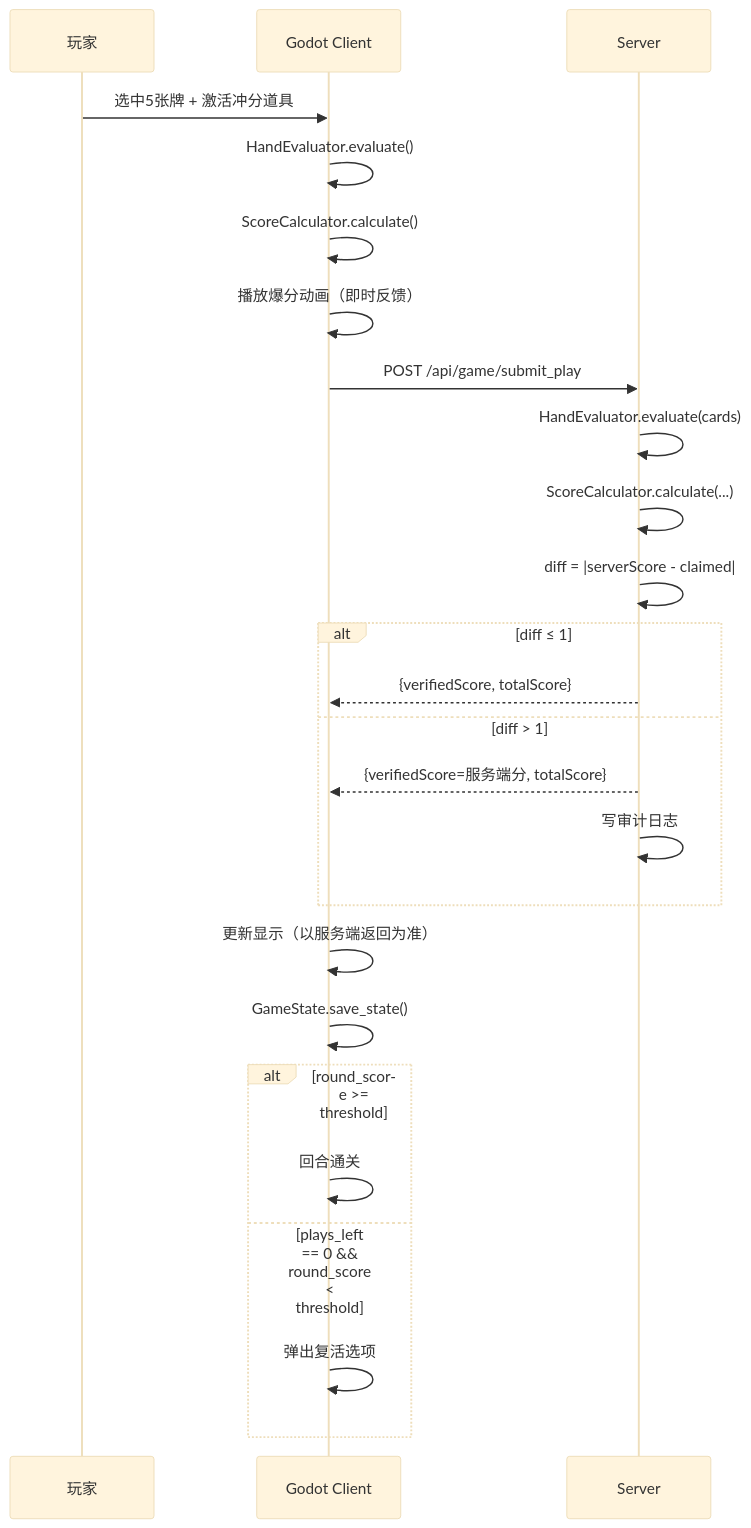
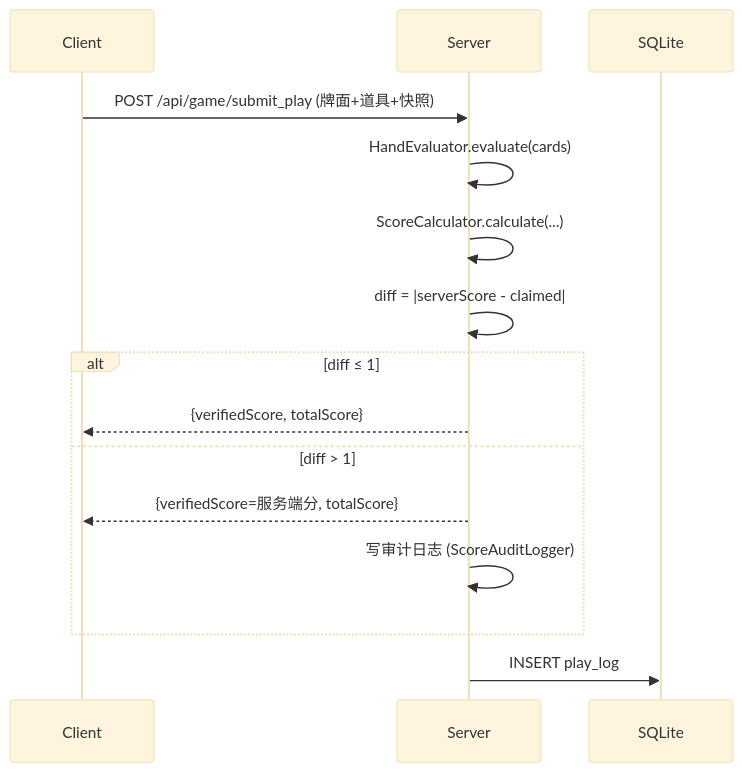
The third of 8 diagrams in docs/poker_roguelike_tech_spec.md (Lwin993/my-poker-roguelike), drawn with Mermaid (base theme) before and after one commit. The commit also changed other lines of this file and 62 other files, not shown here.

````diff
--- a/docs/poker_roguelike_tech_spec.md
+++ b/docs/poker_roguelike_tech_spec.md
@@ -1887,29 +1100,18 @@
 ```mermaid
 sequenceDiagram
-    participant P as 玩家
-    participant G as Godot Client
+    participant C as Client
     participant S as Server
-    
-    P->>G: 选中5张牌 + 激活冲分道具
-    G->>G: HandEvaluator.evaluate()
-    G->>G: ScoreCalculator.calculate()
-    G->>G: 播放爆分动画（即时反馈）
-    G->>S: POST /api/game/submit_play
+    participant DB as SQLite
+
+    C->>S: POST /api/game/submit_play (牌面+道具+快照)
     S->>S: HandEvaluator.evaluate(cards)
     S->>S: ScoreCalculator.calculate(...)
     S->>S: diff = |serverScore - claimed|
     alt diff ≤ 1
-        S-->>G: {verifiedScore, totalScore}
+        S-->>C: {verifiedScore, totalScore}
     else diff > 1
-        S-->>G: {verifiedScore=服务端分, totalScore}
-        S->>S: 写审计日志
+        S-->>C: {verifiedScore=服务端分, totalScore}
+        S->>S: 写审计日志 (ScoreAuditLogger)
     end
-    G->>G: 更新显示（以服务端返回为准）
-    G->>G: GameState.save_state()
-    
-    alt round_score >= threshold
-        G->>G: 回合通关
-    else plays_left == 0 && round_score < threshold
-        G->>G: 弹出复活选项
-    end
+    S->>DB: INSERT play_log
 ```
````
